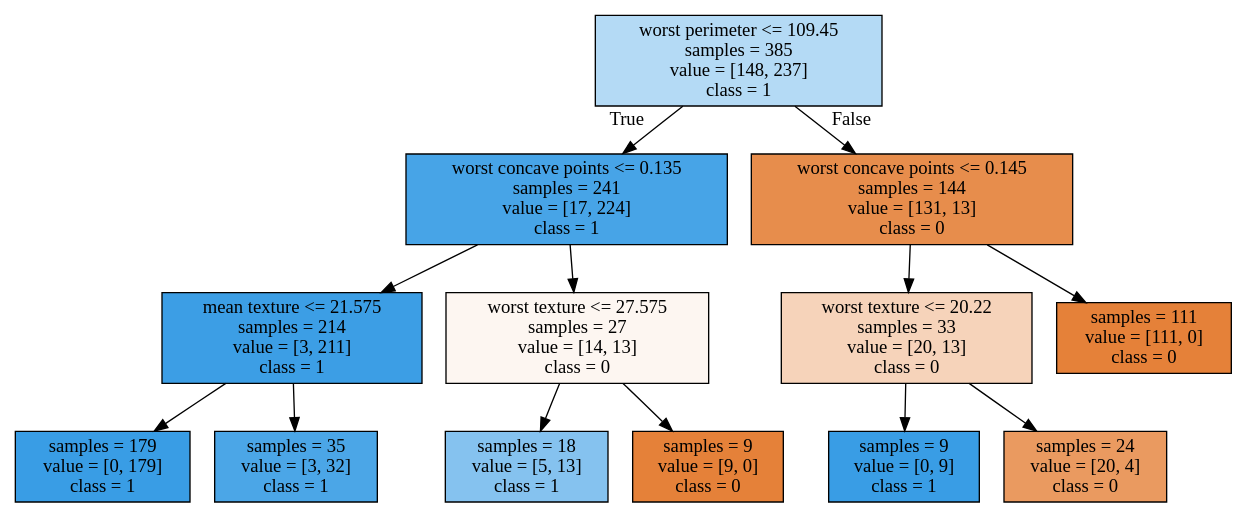
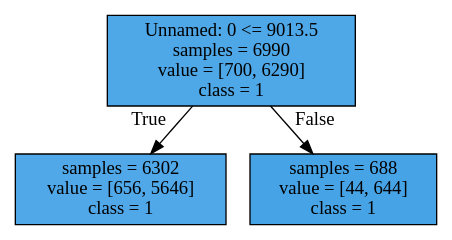
One commit to taekminKim/postech changed the diagram in Downloads/homework/tree.dot. Above: the diagram before and after it, drawn with Graphviz. The commit also changed 17 other files, not shown here.

```diff
--- a/Downloads/homework/tree.dot
+++ b/Downloads/homework/tree.dot
@@ -1,28 +1,8 @@
 digraph Tree {
 node [shape=box, style="filled", color="black"] ;
-0 [label="worst perimeter <= 109.45\nsamples = 385\nvalue = [148, 237]\nclass = 1", fillcolor="#399de560"] ;
-1 [label="worst concave points <= 0.135\nsamples = 241\nvalue = [17, 224]\nclass = 1", fillcolor="#399de5ec"] ;
+0 [label="Unnamed: 0 <= 9013.5\nsamples = 6990\nvalue = [700, 6290]\nclass = 1", fillcolor="#399de5e3"] ;
+1 [label="samples = 6302\nvalue = [656, 5646]\nclass = 1", fillcolor="#399de5e1"] ;
 0 -> 1 [labeldistance=2.5, labelangle=45, headlabel="True"] ;
-2 [label="mean texture <= 21.575\nsamples = 214\nvalue = [3, 211]\nclass = 1", fillcolor="#399de5fb"] ;
-1 -> 2 ;
-3 [label="samples = 179\nvalue = [0, 179]\nclass = 1", fillcolor="#399de5ff"] ;
-2 -> 3 ;
-4 [label="samples = 35\nvalue = [3, 32]\nclass = 1", fillcolor="#399de5e7"] ;
-2 -> 4 ;
-5 [label="worst texture <= 27.575\nsamples = 27\nvalue = [14, 13]\nclass = 0", fillcolor="#e5813912"] ;
-1 -> 5 ;
-6 [label="samples = 18\nvalue = [5, 13]\nclass = 1", fillcolor="#399de59d"] ;
-5 -> 6 ;
-7 [label="samples = 9\nvalue = [9, 0]\nclass = 0", fillcolor="#e58139ff"] ;
-5 -> 7 ;
-8 [label="worst concave points <= 0.145\nsamples = 144\nvalue = [131, 13]\nclass = 0", fillcolor="#e58139e6"] ;
-0 -> 8 [labeldistance=2.5, labelangle=-45, headlabel="False"] ;
-9 [label="worst texture <= 20.22\nsamples = 33\nvalue = [20, 13]\nclass = 0", fillcolor="#e5813959"] ;
-8 -> 9 ;
-10 [label="samples = 9\nvalue = [0, 9]\nclass = 1", fillcolor="#399de5ff"] ;
-9 -> 10 ;
-11 [label="samples = 24\nvalue = [20, 4]\nclass = 0", fillcolor="#e58139cc"] ;
-9 -> 11 ;
-12 [label="samples = 111\nvalue = [111, 0]\nclass = 0", fillcolor="#e58139ff"] ;
-8 -> 12 ;
+2 [label="samples = 688\nvalue = [44, 644]\nclass = 1", fillcolor="#399de5ee"] ;
+0 -> 2 [labeldistance=2.5, labelangle=-45, headlabel="False"] ;
 }
```
